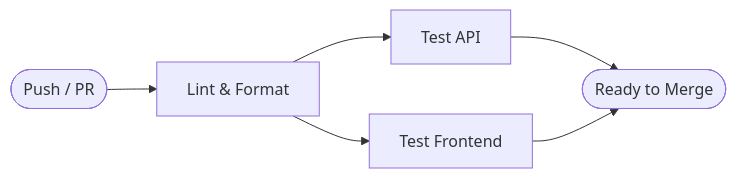
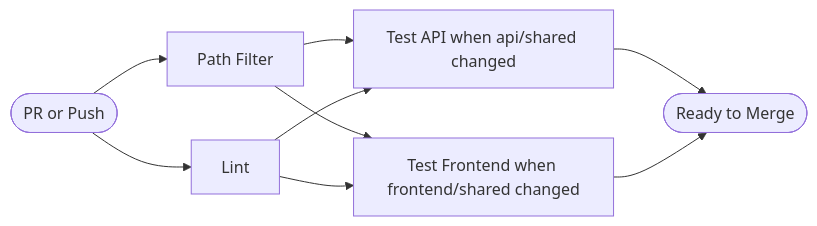
The first of 2 diagrams in docs/operations.md (victoriacheng15/cover-craft), drawn with Mermaid before and after one commit. The commit also changed other lines of this file and 18 other files, not shown here.

Commit message:
docs(project): add architecture and incident documentation (#246)

````diff
--- a/docs/operations.md
+++ b/docs/operations.md
@@ -39,8 +50,11 @@
 ```mermaid
 graph LR
-    Start([Push / PR]) --> Lint[Lint & Format]
-    Lint --> TestAPI[Test API]
-    Lint --> TestFE[Test Frontend]
+    Start([PR or Push]) --> Changes[Path Filter]
+    Start --> Lint[Lint]
+    Changes --> TestAPI[Test API when api/shared changed]
+    Changes --> TestFE[Test Frontend when frontend/shared changed]
+    Lint --> TestAPI
+    Lint --> TestFE
     TestAPI --> End([Ready to Merge])
     TestFE --> End
 ```
````
